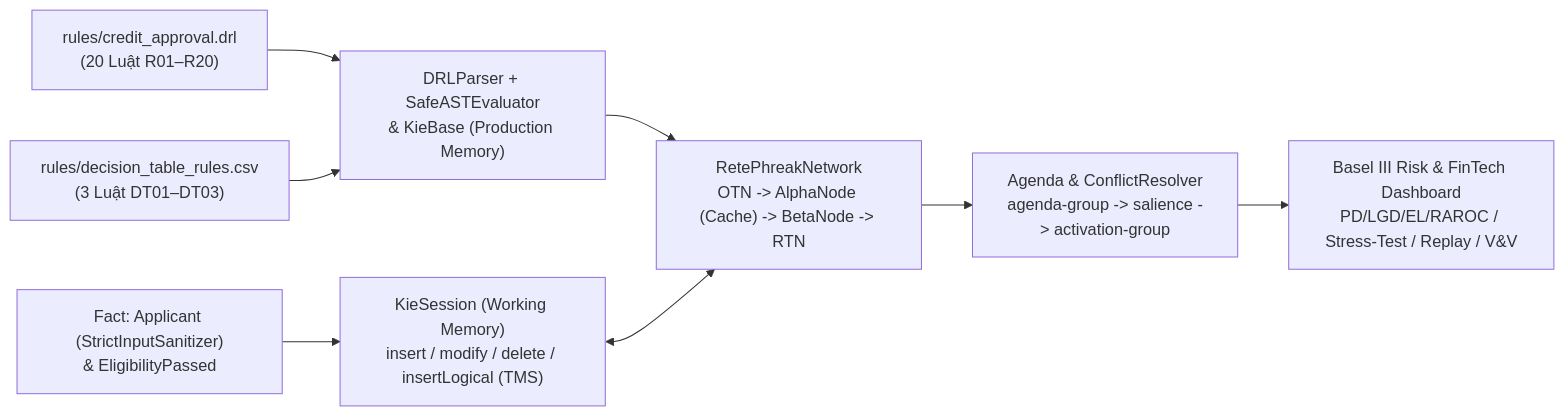
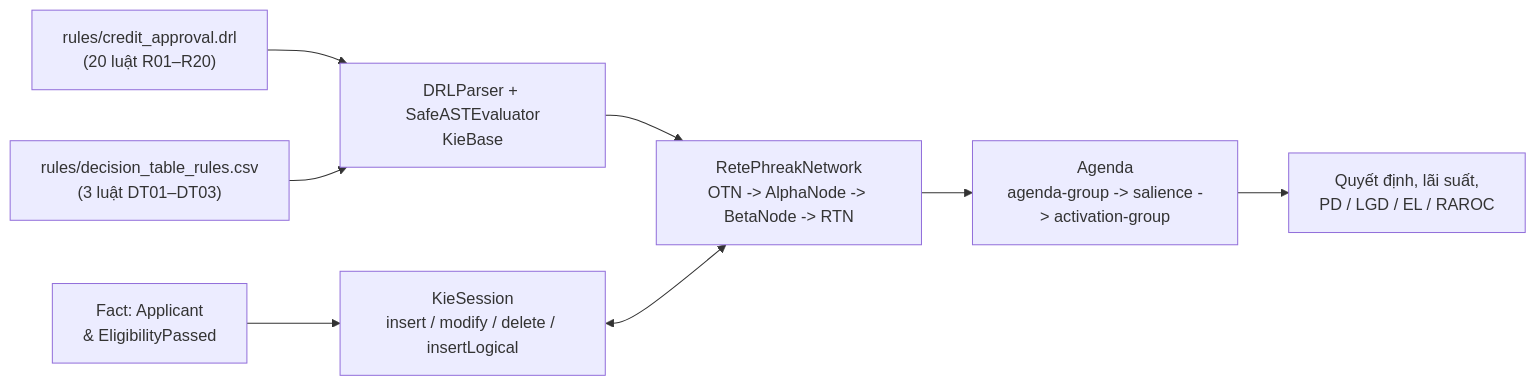
Before and after one commit to Vipwar/dss-nhom1-de08-drools: the diagram in README.md, drawn with Mermaid. The commit also changed other lines of this file and 13 other files, not shown here.

````diff
--- a/README.md
+++ b/README.md
@@ -24,10 +17,10 @@
 ```mermaid
 flowchart LR
-    DRL["rules/credit_approval.drl\n(20 Luật R01–R20)"] --> Parser["DRLParser + SafeASTEvaluator\n& KieBase (Production Memory)"]
-    DT["rules/decision_table_rules.csv\n(3 Luật DT01–DT03)"] --> Parser
-    Parser --> Rete["RetePhreakNetwork\nOTN -> AlphaNode (Cache) -> BetaNode -> RTN"]
-    App["Fact: Applicant (StrictInputSanitizer)\n& EligibilityPassed"] --> KS["KieSession (Working Memory)\ninsert / modify / delete / insertLogical (TMS)"]
+    DRL["rules/credit_approval.drl\n(20 luật R01–R20)"] --> Parser["DRLParser + SafeASTEvaluator\nKieBase"]
+    DT["rules/decision_table_rules.csv\n(3 luật DT01–DT03)"] --> Parser
+    Parser --> Rete["RetePhreakNetwork\nOTN -> AlphaNode -> BetaNode -> RTN"]
+    App["Fact: Applicant\n& EligibilityPassed"] --> KS["KieSession\ninsert / modify / delete / insertLogical"]
     KS <--> Rete
-    Rete --> Agenda["Agenda & ConflictResolver\nagenda-group -> salience -> activation-group"]
-    Agenda --> Trace["Basel III Risk & FinTech Dashboard\nPD/LGD/EL/RAROC / Stress-Test / Replay / V&V"]
+    Rete --> Agenda["Agenda\nagenda-group -> salience -> activation-group"]
+    Agenda --> Out["Quyết định, lãi suất,\nPD / LGD / EL / RAROC"]
 ```
````
